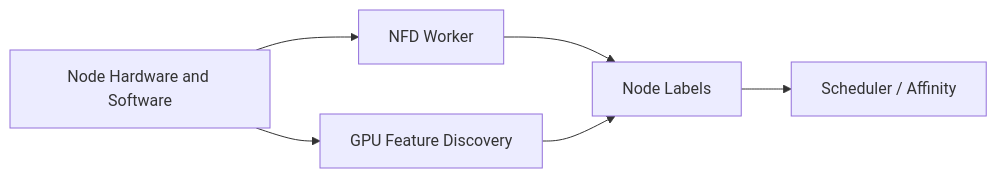
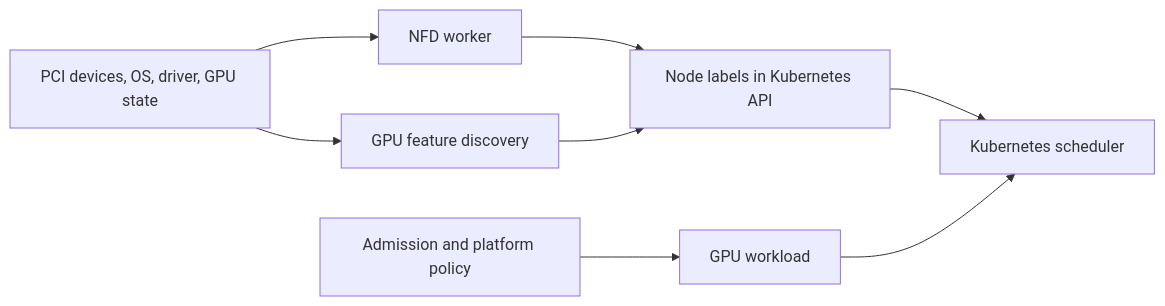
One commit to jithinpnjm/nvidia-devops changed the diagram in docs/nvidia-zero-to-hero/volume-10/chapter-05-node-and-gpu-feature-discovery.md. Above: the diagram before and after it, drawn with Mermaid. The commit also changed other lines of this file and 1 other file, not shown here.

Commit message:
docs(volume-10): deepen feature discovery and operator architecture

````diff
--- a/docs/nvidia-zero-to-hero/volume-10/chapter-05-node-and-gpu-feature-discovery.md
+++ b/docs/nvidia-zero-to-hero/volume-10/chapter-05-node-and-gpu-feature-discovery.md
@@ -18,10 +32,15 @@
 ```mermaid
 flowchart LR
-    Hardware[Node Hardware and Software]
-    NFD[NFD Worker]
-    GFD[GPU Feature Discovery]
-    Labels[Node Labels]
-    Scheduler[Scheduler / Affinity]
-    Hardware --> NFD --> Labels
-    Hardware --> GFD --> Labels --> Scheduler
+    Host[PCI devices, OS, driver, GPU state]
+    NFD[NFD worker]
+    GFD[GPU feature discovery]
+    API[Node labels in Kubernetes API]
+    Policy[Admission and platform policy]
+    Scheduler[Kubernetes scheduler]
+    Pod[GPU workload]
+    Host --> NFD --> API
+    Host --> GFD --> API
+    Policy --> Pod
+    API --> Scheduler
+    Pod --> Scheduler
 ```
````
